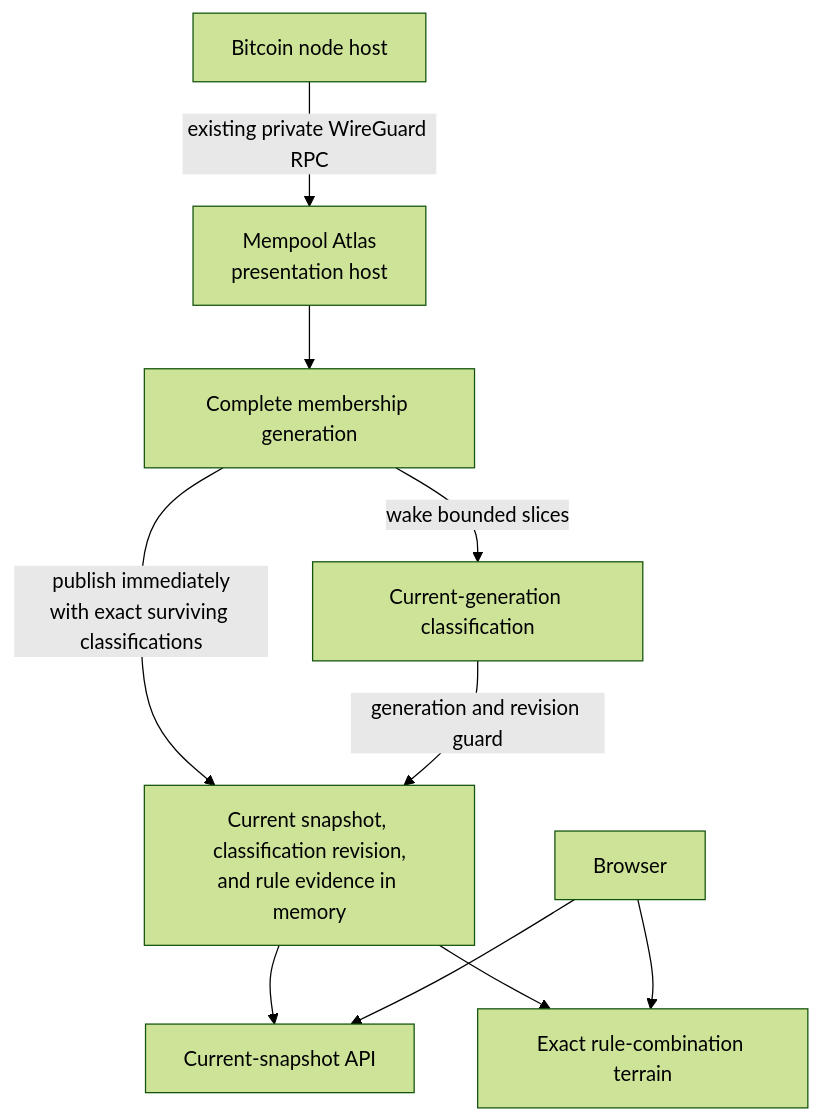
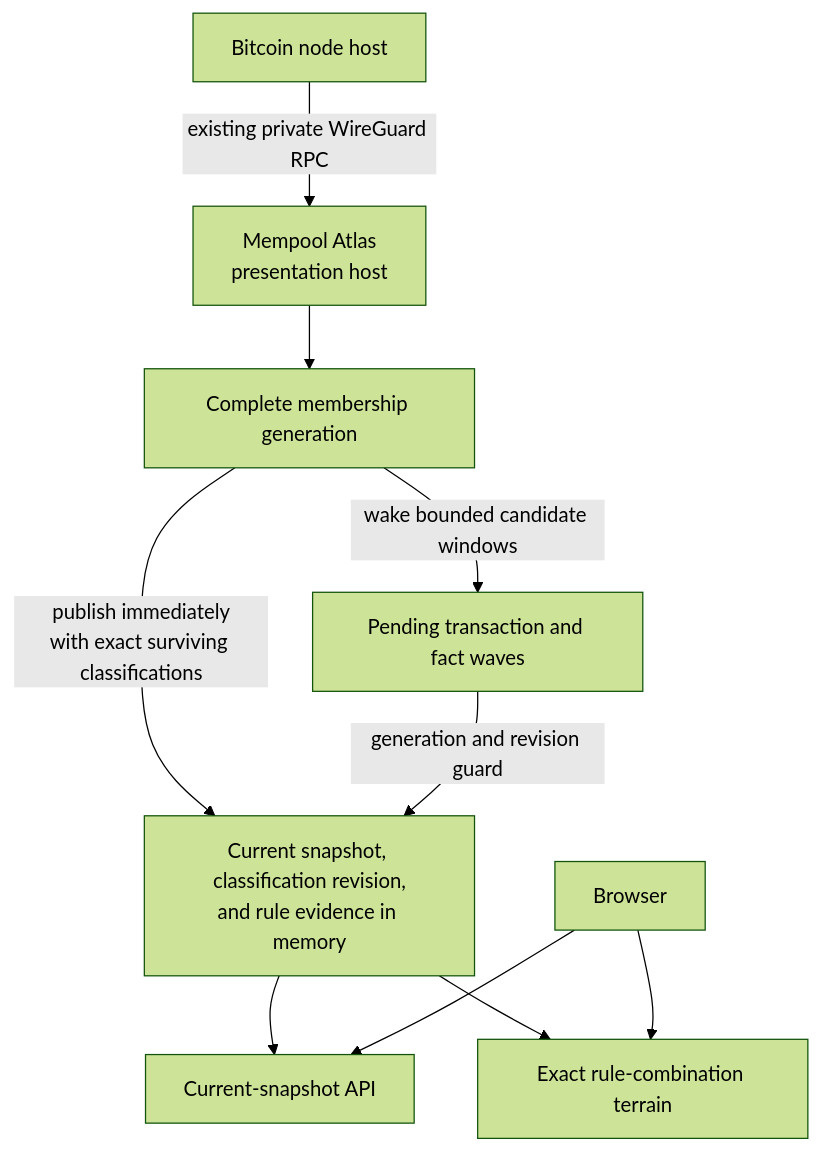
Before and after one commit to deadmanoz/mempool-atlas: the diagram in README.md, drawn with Mermaid (forest theme). The commit also changed other lines of this file and 13 other files, not shown here.

````diff
--- a/README.md
+++ b/README.md
@@ -15,12 +15,12 @@
 ```mermaid
 flowchart TB
     node["Bitcoin node host"] -->|"existing private WireGuard RPC"| atlas["Mempool Atlas<br/>presentation host"]
     atlas --> membership["Complete membership generation"]
     membership -->|"publish immediately<br/>with exact surviving classifications"| current["Current snapshot, classification revision,<br/>and rule evidence in memory"]
-    membership -->|"wake bounded slices"| policy["Current-generation classification"]
+    membership -->|"wake bounded candidate windows"| policy["Pending transaction and fact waves"]
     policy -->|"generation and revision guard"| current
     current --> api["Current-snapshot API"]
     current --> web["Exact rule-combination terrain"]
     browser["Browser"] --> web
     browser --> api
 ```
````
